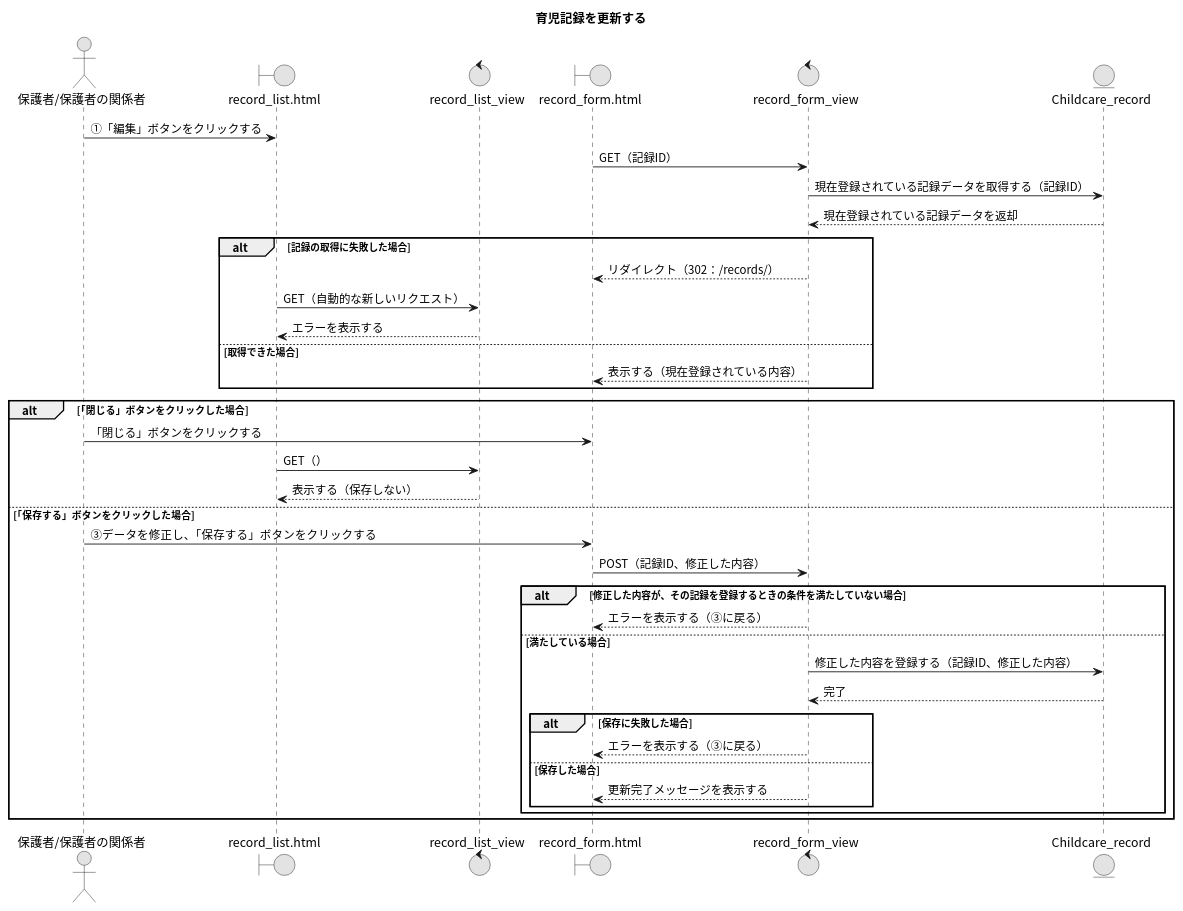
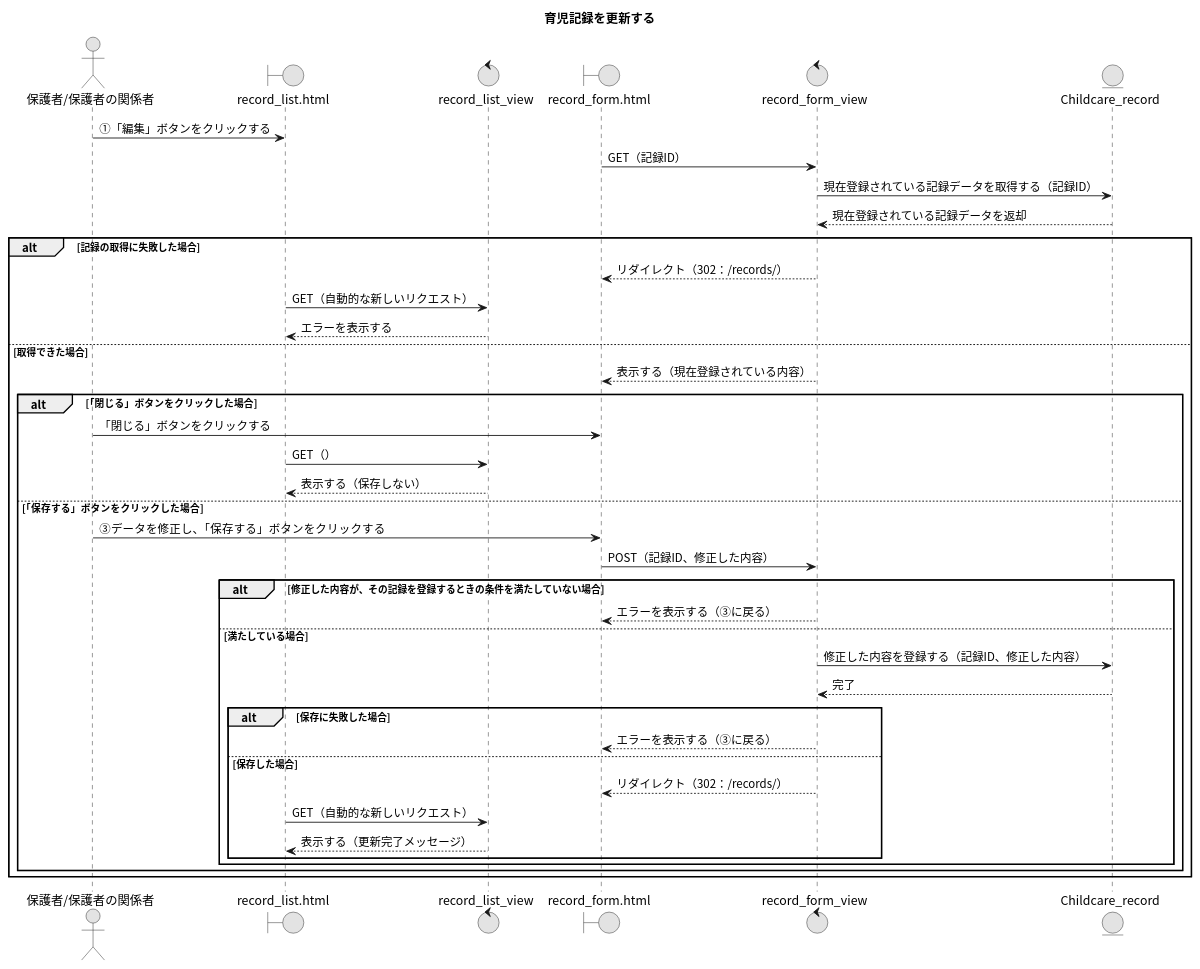
One commit to Ma2naga190330/26_sotugyou_puml changed the diagram in 15_育児記録を更新する.puml. Above: the diagram before and after it, drawn with PlantUML. The commit also changed 6 other files, not shown here.

```diff
--- a/15_育児記録を更新する.puml
+++ b/15_育児記録を更新する.puml
@@ -1,45 +1,47 @@
 @startuml
 title 育児記録を更新する
 skinparam defaultFontName "Noto Sans CJK JP"
 skinparam monochrome true
 
 actor "保護者/保護者の関係者" as A
 boundary "record_list.html" as RLP
 control "record_list_view" as RLV
 boundary "record_form.html" as RFP
 control "record_form_view" as RFV
 entity "Childcare_record" as CRM
 
 ' record_form.html：授乳の記録は feeding_form.html（同じ流れ）
 A -> RLP : ①「編集」ボタンをクリックする
 RFP -> RFV : GET（記録ID）
 RFV -> CRM : 現在登録されている記録データを取得する（記録ID）
 RFV <-- CRM : 現在登録されている記録データを返却
 alt 記録の取得に失敗した場合
   RFV --> RFP : リダイレクト（302：/records/）
   RLP -> RLV : GET（自動的な新しいリクエスト）
   RLV --> RLP : エラーを表示する
 else 取得できた場合
   RFV --> RFP : 表示する（現在登録されている内容）
-end
 
-alt 「閉じる」ボタンをクリックした場合
-  A -> RFP : 「閉じる」ボタンをクリックする
-  RLP -> RLV : GET（）
-  RLV --> RLP : 表示する（保存しない）
-else 「保存する」ボタンをクリックした場合
-  A -> RFP : ③データを修正し、「保存する」ボタンをクリックする
-  RFP -> RFV : POST（記録ID、修正した内容）
-  alt 修正した内容が、その記録を登録するときの条件を満たしていない場合
-    RFV --> RFP : エラーを表示する（③に戻る）
-  else 満たしている場合
-    RFV -> CRM : 修正した内容を登録する（記録ID、修正した内容）
-    RFV <-- CRM : 完了
-    alt 保存に失敗した場合
+  alt 「閉じる」ボタンをクリックした場合
+    A -> RFP : 「閉じる」ボタンをクリックする
+    RLP -> RLV : GET（）
+    RLV --> RLP : 表示する（保存しない）
+  else 「保存する」ボタンをクリックした場合
+    A -> RFP : ③データを修正し、「保存する」ボタンをクリックする
+    RFP -> RFV : POST（記録ID、修正した内容）
+    alt 修正した内容が、その記録を登録するときの条件を満たしていない場合
       RFV --> RFP : エラーを表示する（③に戻る）
-    else 保存した場合
-      RFV --> RFP : 更新完了メッセージを表示する
+    else 満たしている場合
+      RFV -> CRM : 修正した内容を登録する（記録ID、修正した内容）
+      RFV <-- CRM : 完了
+      alt 保存に失敗した場合
+        RFV --> RFP : エラーを表示する（③に戻る）
+      else 保存した場合
+        RFV --> RFP : リダイレクト（302：/records/）
+        RLP -> RLV : GET（自動的な新しいリクエスト）
+        RLV --> RLP : 表示する（更新完了メッセージ）
+      end
     end
   end
 end
 @enduml
```
